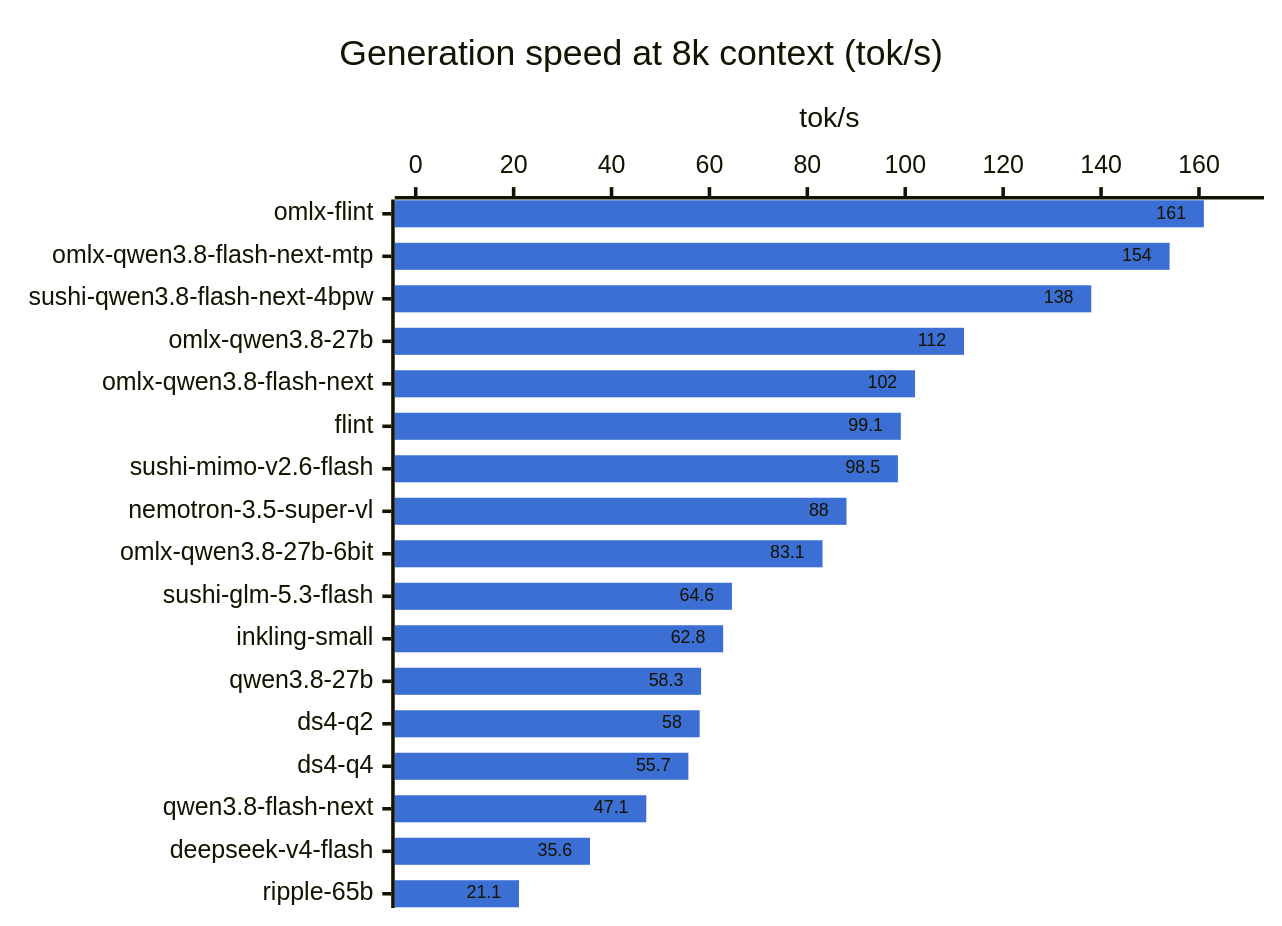
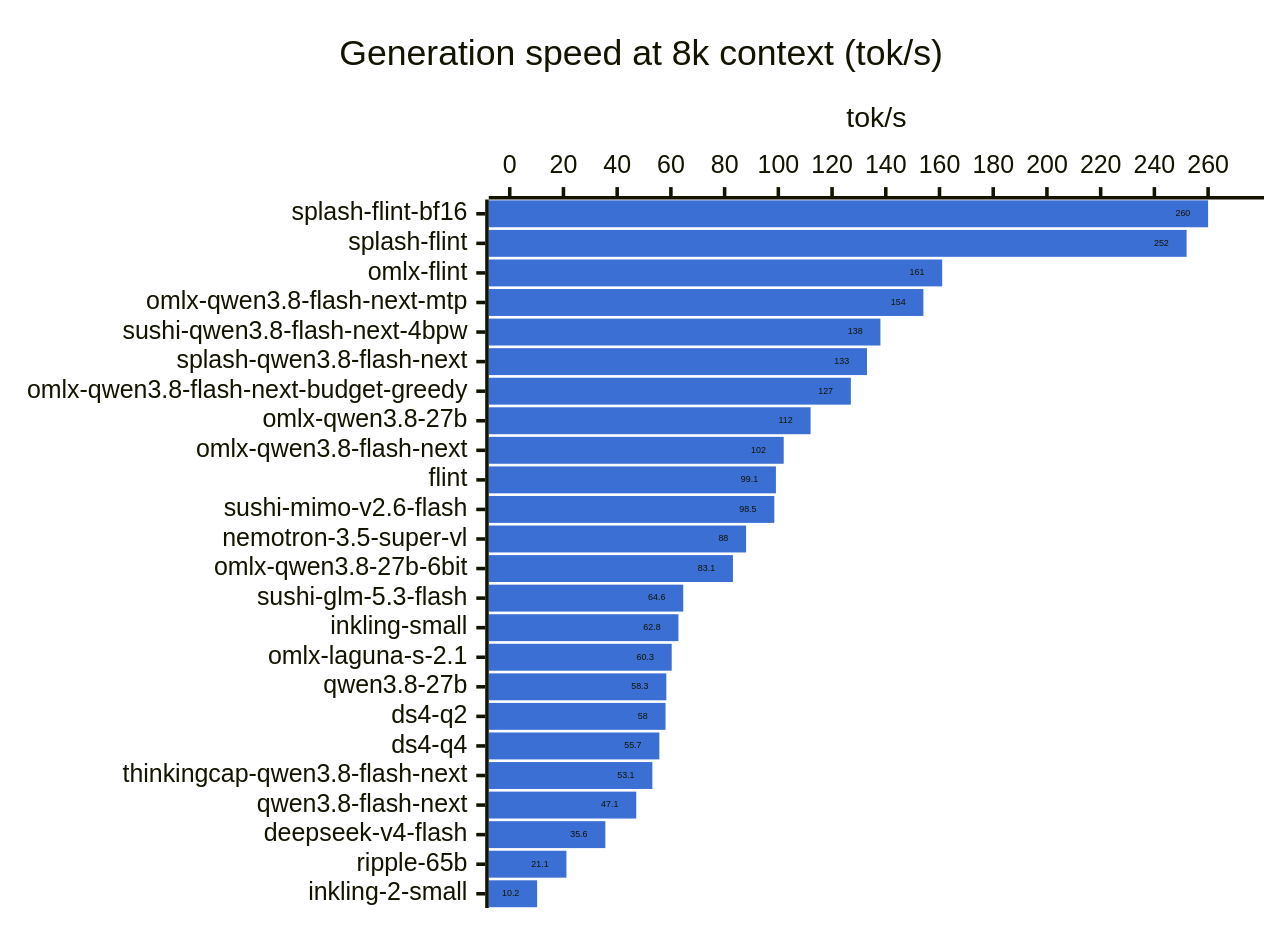
The second of 2 diagrams in RESULTS-mac.md (hofftodd/ai-bench), drawn with Mermaid before and after one commit. The commit also changed other lines of this file and 18 other files, not shown here.

````diff
--- a/RESULTS-mac.md
+++ b/RESULTS-mac.md
@@ -48,8 +73,8 @@
 ```mermaid
 %%{init: {"xyChart": {"showDataLabel": true}, "themeVariables": {"xyChart": {"plotColorPalette": "#3b6fd4"}}}}%%
 xychart-beta horizontal
     title "Generation speed at 8k context (tok/s)"
-    x-axis ["omlx-flint", "omlx-qwen3.8-flash-next-mtp", "sushi-qwen3.8-flash-next-4bpw", "omlx-qwen3.8-27b", "omlx-qwen3.8-flash-next", "flint", "sushi-mimo-v2.6-flash", "nemotron-3.5-super-vl", "omlx-qwen3.8-27b-6bit", "sushi-glm-5.3-flash", "inkling-small", "qwen3.8-27b", "ds4-q2", "ds4-q4", "qwen3.8-flash-next", "deepseek-v4-flash", "ripple-65b"]
-    y-axis "tok/s" 0 --> 169
-    bar [161.0, 154.0, 138.0, 112.0, 102.0, 99.1, 98.5, 88.0, 83.1, 64.6, 62.8, 58.3, 58.0, 55.7, 47.1, 35.6, 21.1]
+    x-axis ["splash-flint-bf16", "splash-flint", "omlx-flint", "omlx-qwen3.8-flash-next-mtp", "sushi-qwen3.8-flash-next-4bpw", "splash-qwen3.8-flash-next", "omlx-qwen3.8-flash-next-budget-greedy", "omlx-qwen3.8-27b", "omlx-qwen3.8-flash-next", "flint", "sushi-mimo-v2.6-flash", "nemotron-3.5-super-vl", "omlx-qwen3.8-27b-6bit", "sushi-glm-5.3-flash", "inkling-small", "omlx-laguna-s-2.1", "qwen3.8-27b", "ds4-q2", "ds4-q4", "thinkingcap-qwen3.8-flash-next", "qwen3.8-flash-next", "deepseek-v4-flash", "ripple-65b", "inkling-2-small"]
+    y-axis "tok/s" 0 --> 273
+    bar [260.0, 252.0, 161.0, 154.0, 138.0, 133.0, 127.0, 112.0, 102.0, 99.1, 98.5, 88.0, 83.1, 64.6, 62.8, 60.3, 58.3, 58.0, 55.7, 53.1, 47.1, 35.6, 21.1, 10.2]
 ```
````
